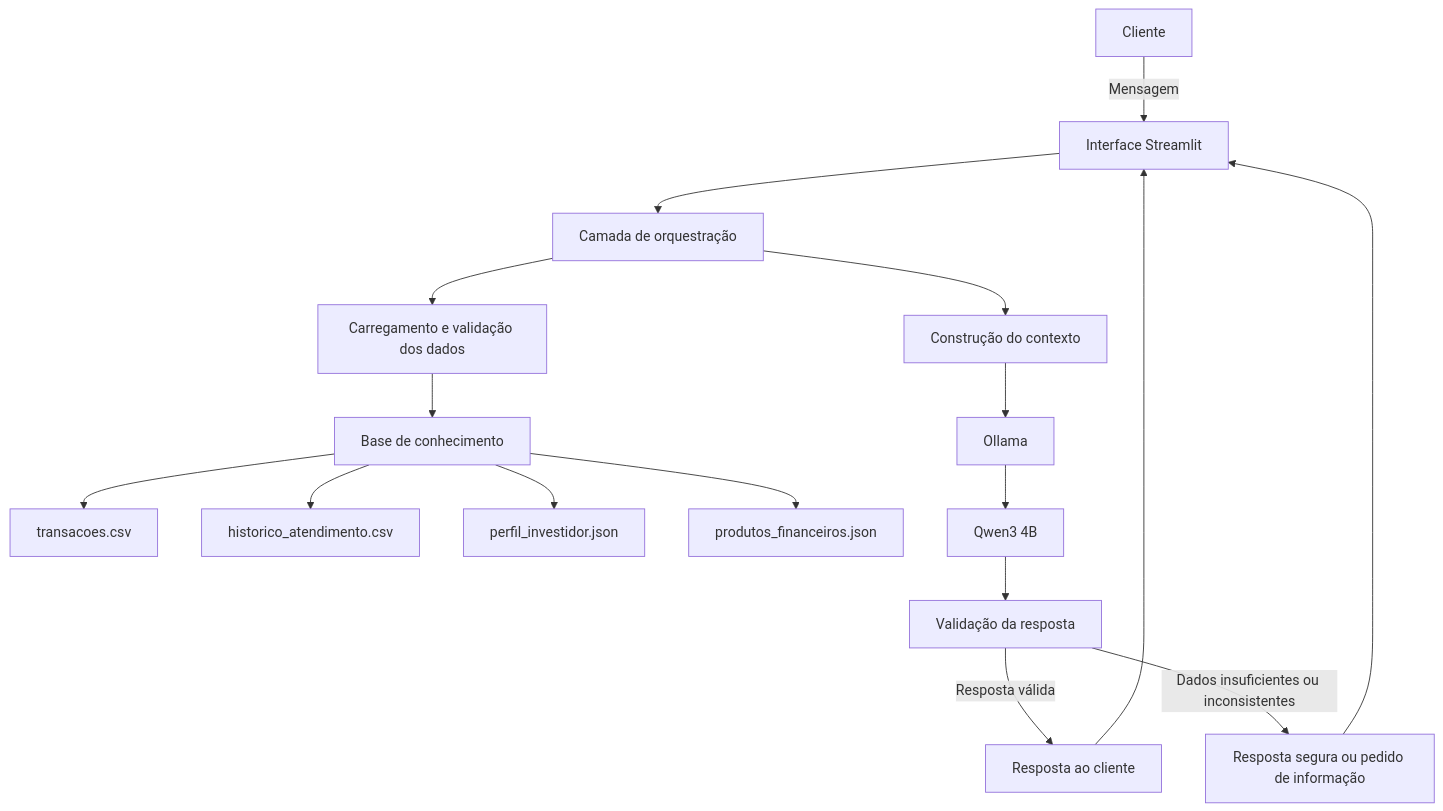
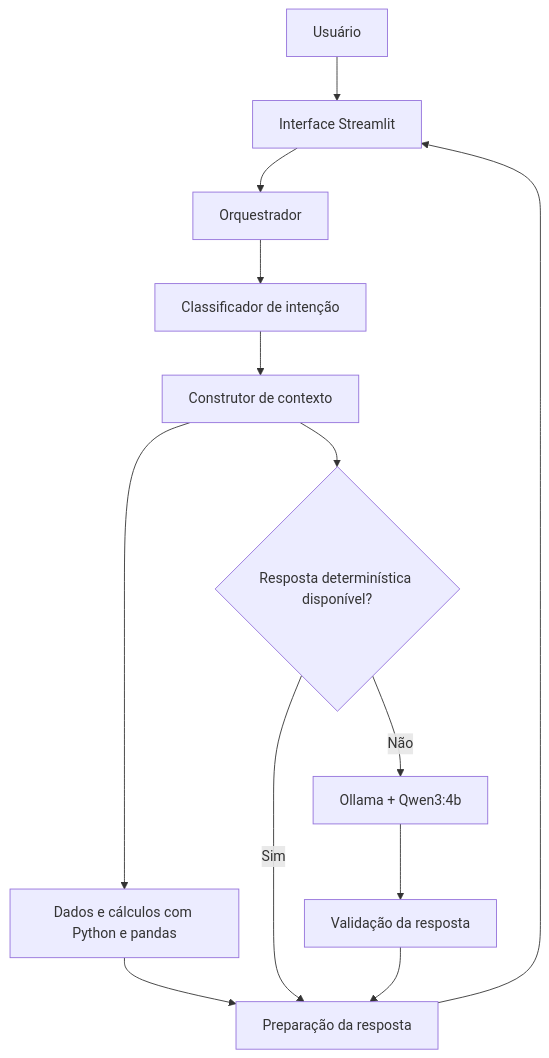
The diagram in docs/01-documentacao-agente.md (Breno3B/dio-lab-bia-do-futuro), drawn with Mermaid before and after one commit. The commit also changed other lines of this file and 7 other files, not shown here.

````diff
--- a/docs/01-documentacao-agente.md
+++ b/docs/01-documentacao-agente.md
@@ -108,24 +85,20 @@
 ```mermaid
 flowchart TD
-    A[Cliente] -->|Mensagem| B[Interface Streamlit]
-    B --> C[Camada de orquestração]
+    U[Usuário] --> I[Interface Streamlit]
+    I --> O[Orquestrador]
 
-    C --> D[Carregamento e validação dos dados]
-    D --> E[Base de conhecimento]
+    O --> C[Classificador de intenção]
+    C --> X[Construtor de contexto]
 
-    E --> E1[transacoes.csv]
-    E --> E2[historico_atendimento.csv]
-    E --> E3[perfil_investidor.json]
-    E --> E4[produtos_financeiros.json]
+    X --> D[Dados e cálculos com Python e pandas]
+    X --> Q{Resposta determinística disponível?}
 
-    C --> F[Construção do contexto]
-    F --> G[Ollama]
-    G --> G1[Qwen3 4B]
+    Q -->|Sim| R[Preparação da resposta]
+    Q -->|Não| L[Ollama + Qwen3:4b]
 
-    G1 --> H[Validação da resposta]
-    H -->|Resposta válida| I[Resposta ao cliente]
-    H -->|Dados insuficientes ou inconsistentes| J[Resposta segura ou pedido de informação]
+    L --> V[Validação da resposta]
+    D --> R
+    V --> R
 
-    I --> B
-    J --> B
+    R --> I
 ```
````
